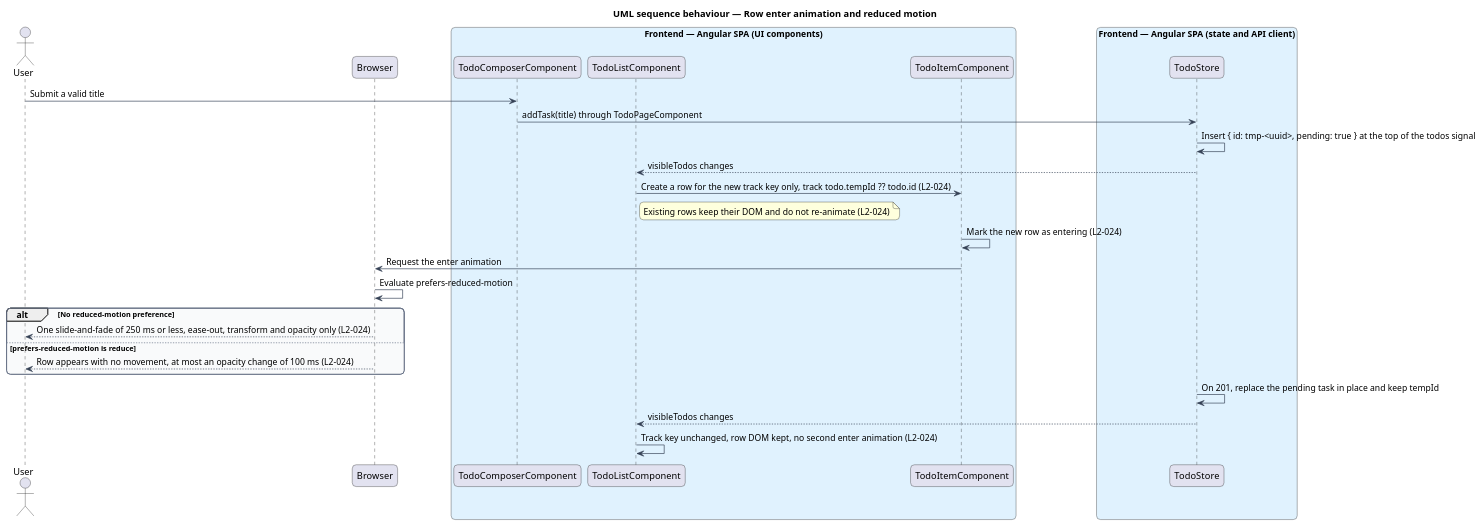
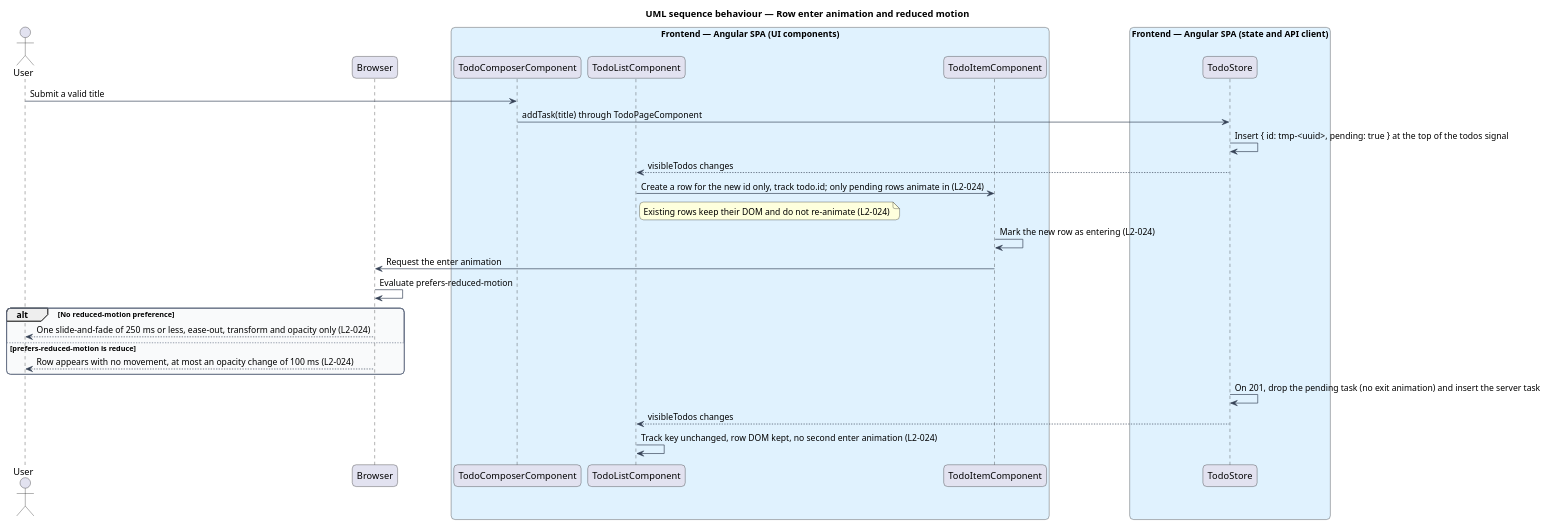
The diagram in docs/detailed-designs/interface/theme-and-motion/diagrams/sequence-row-enter-motion.puml (QuinntyneBrown/php-todo-lab), drawn with PlantUML before and after one commit. The commit also changed 22 other files, not shown here.

```diff
--- a/docs/detailed-designs/interface/theme-and-motion/diagrams/sequence-row-enter-motion.puml
+++ b/docs/detailed-designs/interface/theme-and-motion/diagrams/sequence-row-enter-motion.puml
@@ -1,46 +1,46 @@
 @startuml
 title UML sequence behaviour — Row enter animation and reduced motion
 skinparam backgroundColor #FFFFFF
 skinparam shadowing false
 skinparam roundcorner 12
 skinparam defaultFontName Arial
 skinparam ArrowColor #344054
 skinparam rectangle {
   BorderColor #344054
   FontColor #101828
 }
 skinparam package {
   BorderColor #667085
   FontColor #101828
   BackgroundColor #F9FAFB
 }
 actor "User" as user
 participant "Browser" as browser
 box "Frontend — Angular SPA (UI components)" #E0F2FE
   participant "TodoComposerComponent" as composer
   participant "TodoListComponent" as list
   participant "TodoItemComponent" as item
 end box
 box "Frontend — Angular SPA (state and API client)" #E0F2FE
   participant "TodoStore" as store
 end box
 user -> composer : Submit a valid title
 composer -> store : addTask(title) through TodoPageComponent
 store -> store : Insert { id: tmp-<uuid>, pending: true } at the top of the todos signal
 store --> list : visibleTodos changes
-list -> item : Create a row for the new track key only, track todo.tempId ?? todo.id (L2-024)
+list -> item : Create a row for the new id only, track todo.id; only pending rows animate in (L2-024)
 note right of list
   Existing rows keep their DOM and do not re-animate (L2-024)
 end note
 item -> item : Mark the new row as entering (L2-024)
 item -> browser : Request the enter animation
 browser -> browser : Evaluate prefers-reduced-motion
 alt No reduced-motion preference
   browser --> user : One slide-and-fade of 250 ms or less, ease-out, transform and opacity only (L2-024)
 else prefers-reduced-motion is reduce
   browser --> user : Row appears with no movement, at most an opacity change of 100 ms (L2-024)
 end
-store -> store : On 201, replace the pending task in place and keep tempId
+store -> store : On 201, drop the pending task (no exit animation) and insert the server task
 store --> list : visibleTodos changes
 list -> list : Track key unchanged, row DOM kept, no second enter animation (L2-024)
 @enduml
```
